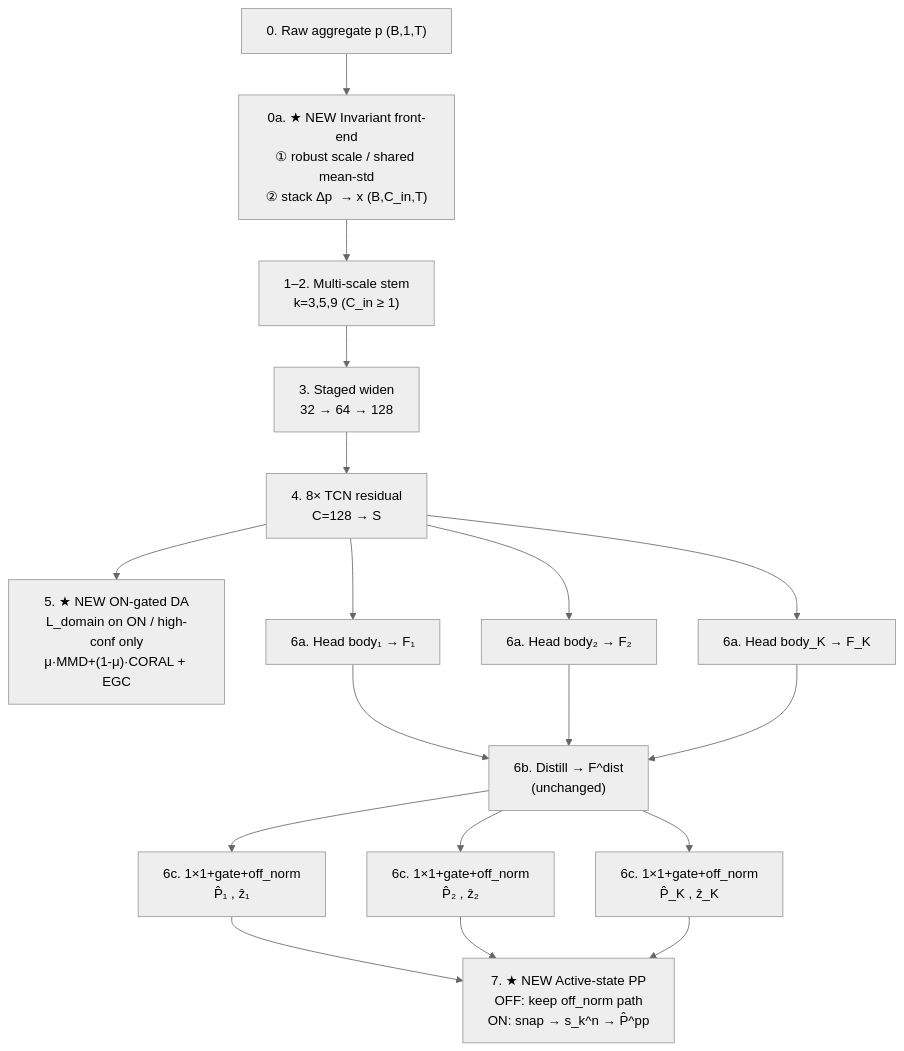
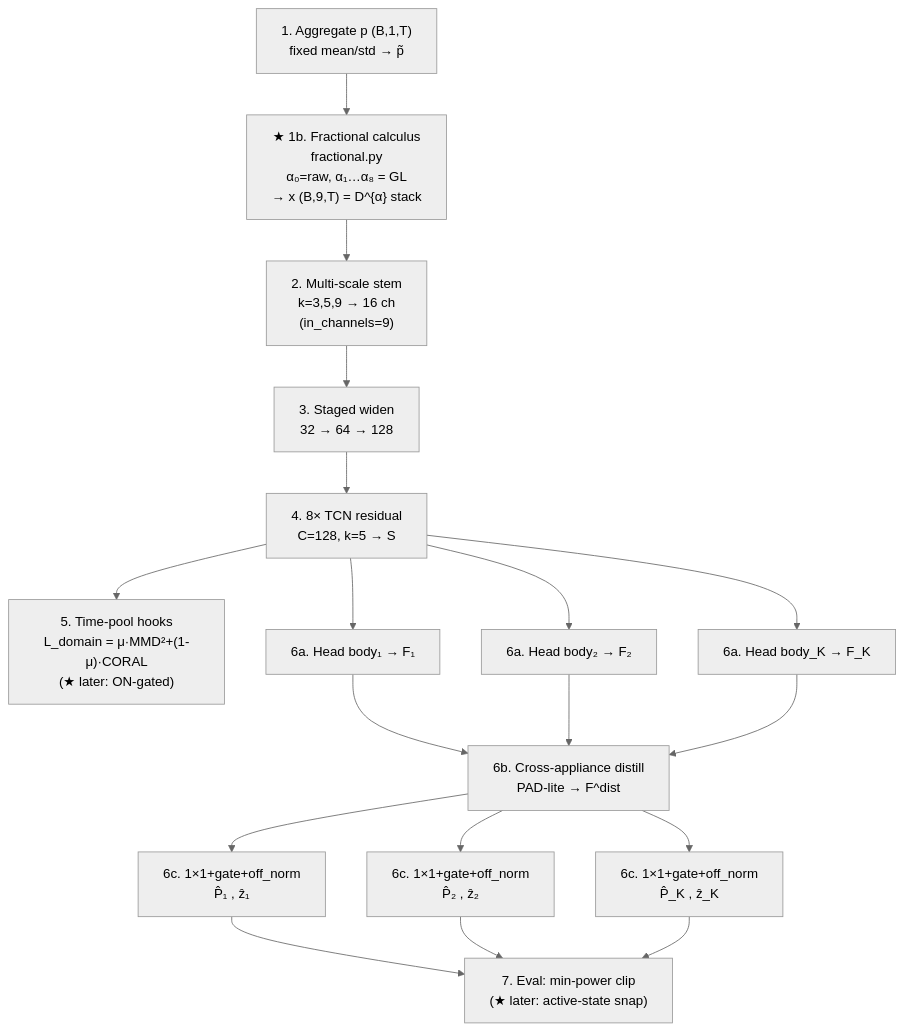
Before and after one commit to rtie2002/high_low_freq_NILM: the second of 4 diagrams in multi_appliances_NILM/docs/multinilm_schirmer_invariance_upgrade.md, drawn with Mermaid (neutral theme). The commit also changed other lines of this file and 36 other files, not shown here.

````diff
--- a/multi_appliances_NILM/docs/multinilm_schirmer_invariance_upgrade.md
+++ b/multi_appliances_NILM/docs/multinilm_schirmer_invariance_upgrade.md
@@ -118,31 +145,31 @@
 ```mermaid
 flowchart TB
-  P["0. Raw aggregate p (B,1,T)"]
+  X["1. Aggregate p (B,1,T)<br/>fixed mean/std → p̃"]
 
-  INV["0a. ★ NEW Invariant front-end<br/>① robust scale / shared mean-std<br/>② stack Δp  → x (B,C_in,T)"]
+  FC["★ 1b. Fractional calculus<br/>fractional.py<br/>α₀=raw, α₁…α₈ = GL<br/>→ x (B,9,T) = D^{α} stack"]
 
-  STEM["1–2. Multi-scale stem<br/>k=3,5,9  (C_in ≥ 1)"]
+  STEM["2. Multi-scale stem<br/>k=3,5,9 → 16 ch<br/>(in_channels=9)"]
   WIDE["3. Staged widen<br/>32 → 64 → 128"]
-  TCN["4. 8× TCN residual<br/>C=128 → S"]
+  TCN["4. 8× TCN residual<br/>C=128, k=5 → S"]
 
-  DA["5. ★ NEW ON-gated DA<br/>L_domain on ON / high-conf only<br/>μ·MMD+(1-μ)·CORAL + EGC"]
+  DA["5. Time-pool hooks<br/>L_domain = μ·MMD²+(1-μ)·CORAL<br/>(★ later: ON-gated)"]
 
   B1["6a. Head body₁ → F₁"]
   B2["6a. Head body₂ → F₂"]
   BK["6a. Head body_K → F_K"]
 
-  DIST["6b. Distill → F^dist<br/>(unchanged)"]
+  DIST["6b. Cross-appliance distill<br/>PAD-lite → F^dist"]
 
   R1["6c. 1×1+gate+off_norm<br/>P̂₁ , ẑ₁"]
   R2["6c. 1×1+gate+off_norm<br/>P̂₂ , ẑ₂"]
   RK["6c. 1×1+gate+off_norm<br/>P̂_K , ẑ_K"]
 
-  PP["7. ★ NEW Active-state PP<br/>OFF: keep off_norm path<br/>ON: snap → s_k^n → P̂^pp"]
+  EVAL["7. Eval: min-power clip<br/>(★ later: active-state snap)"]
 
-  P --> INV --> STEM --> WIDE --> TCN
+  X --> FC --> STEM --> WIDE --> TCN
   TCN --> DA
   TCN --> B1 & B2 & BK
   B1 & B2 & BK --> DIST
   DIST --> R1 & R2 & RK
-  R1 & R2 & RK --> PP
+  R1 & R2 & RK --> EVAL
 ```
````
